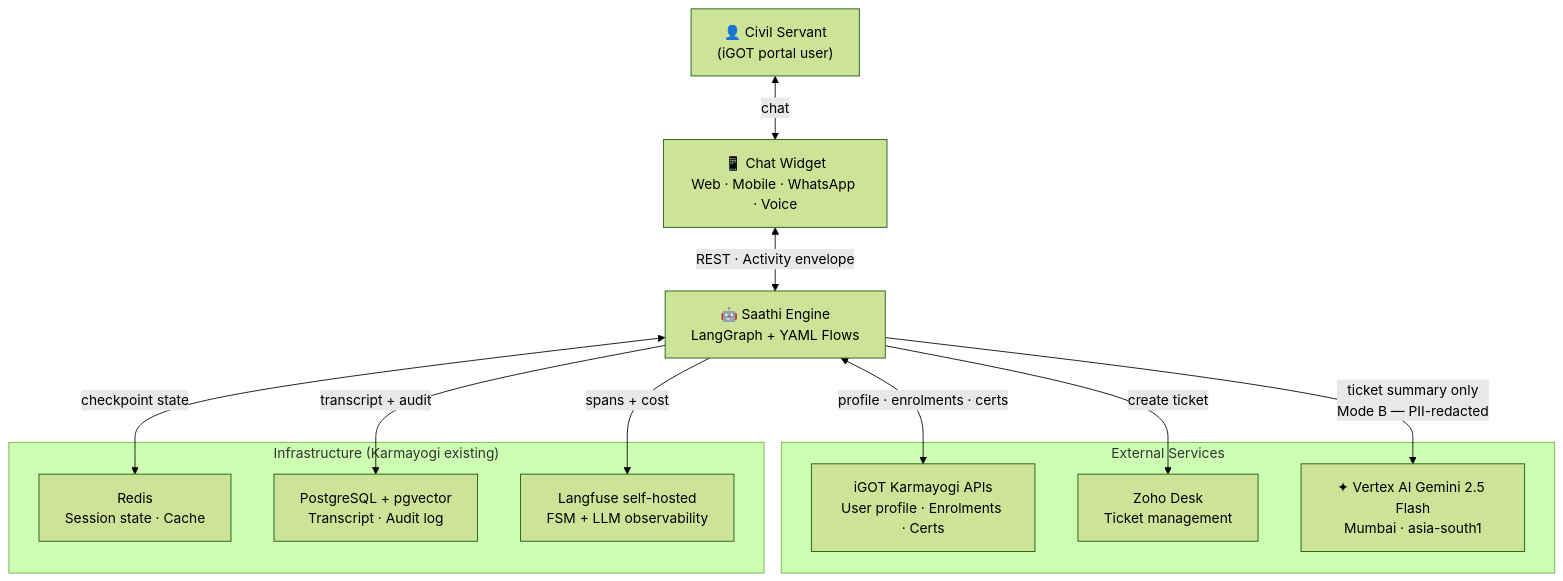
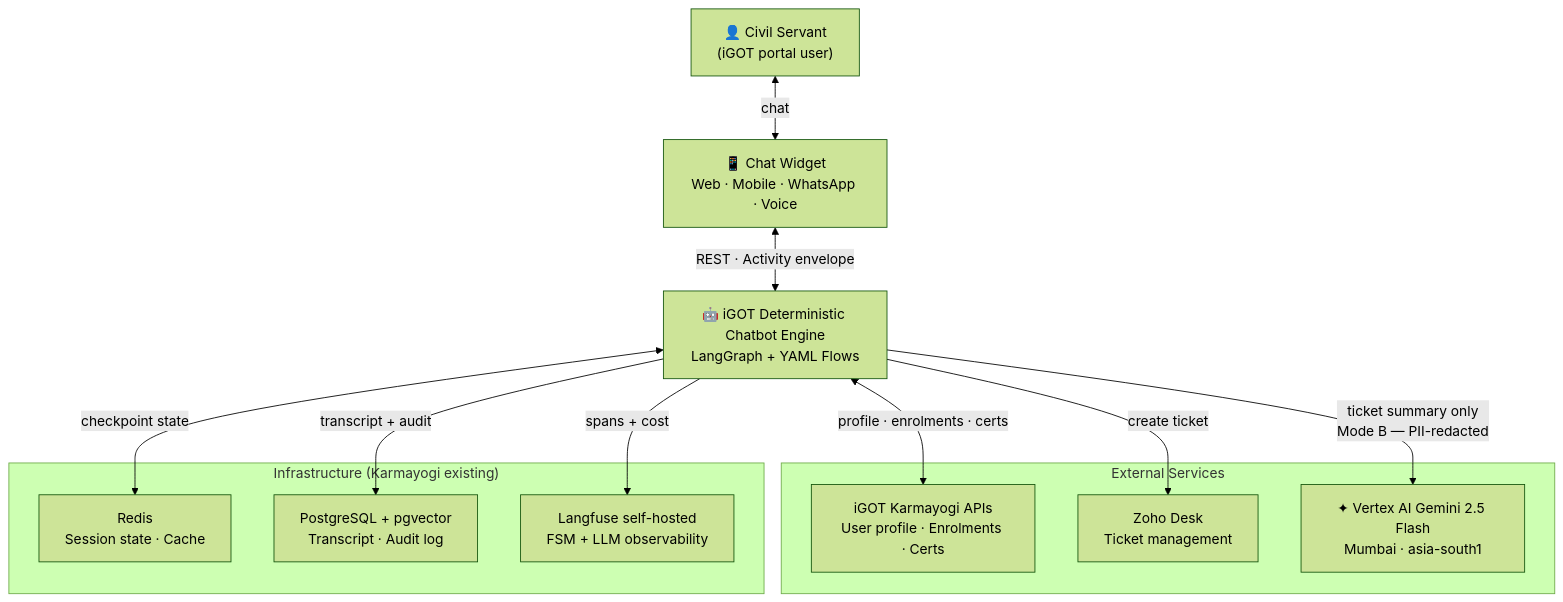
One commit to KB-iGOT/deterministic-chatbot changed the first of 11 diagrams in docs/DESIGN.md. Above: the diagram before and after it, drawn with Mermaid (forest theme). The commit also changed other lines of this file and 29 other files, not shown here.

First line of the commit message:
Rename project from Saathi to iGOT Deterministic Chatbot

````diff
--- a/docs/DESIGN.md
+++ b/docs/DESIGN.md
@@ -55,27 +55,27 @@
 ```mermaid
 graph TB
     User["👤 Civil Servant<br/>(iGOT portal user)"]
     Widget["📱 Chat Widget<br/>Web · Mobile · WhatsApp · Voice"]
-    Engine["🤖 Saathi Engine<br/>LangGraph + YAML Flows"]
+    Engine["🤖 iGOT Deterministic Chatbot Engine<br/>LangGraph + YAML Flows"]
 
     subgraph External["External Services"]
         Karmayogi["iGOT Karmayogi APIs<br/>User profile · Enrolments · Certs"]
         Zoho["Zoho Desk<br/>Ticket management"]
         VertexAI["✦ Vertex AI Gemini 2.5 Flash<br/>Mumbai · asia-south1"]
     end
 
     subgraph Infra["Infrastructure (Karmayogi existing)"]
         Redis["Redis<br/>Session state · Cache"]
         Postgres["PostgreSQL + pgvector<br/>Transcript · Audit log"]
         Langfuse["Langfuse self-hosted<br/>FSM + LLM observability"]
     end
 
     User <-->|chat| Widget
     Widget <-->|REST · Activity envelope| Engine
     Engine <-->|profile · enrolments · certs| Karmayogi
     Engine -->|create ticket| Zoho
     Engine -->|"ticket summary only<br/>Mode B — PII-redacted"| VertexAI
     Engine <-->|checkpoint state| Redis
     Engine -->|transcript + audit| Postgres
     Engine -->|spans + cost| Langfuse
 ```
````
